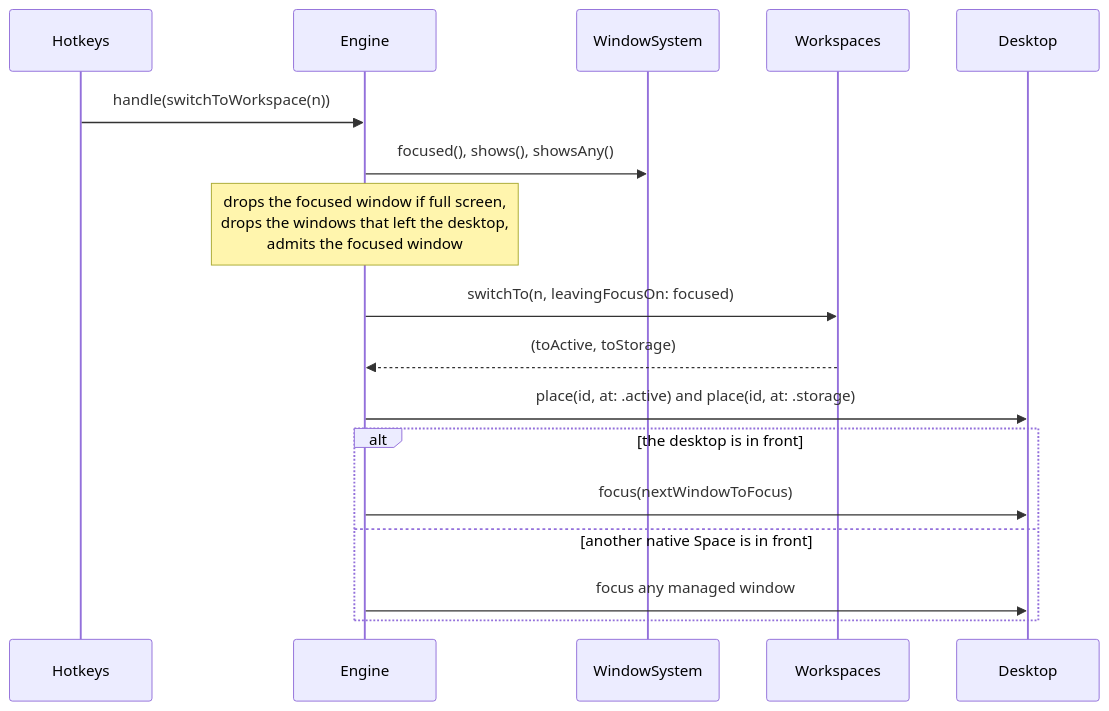
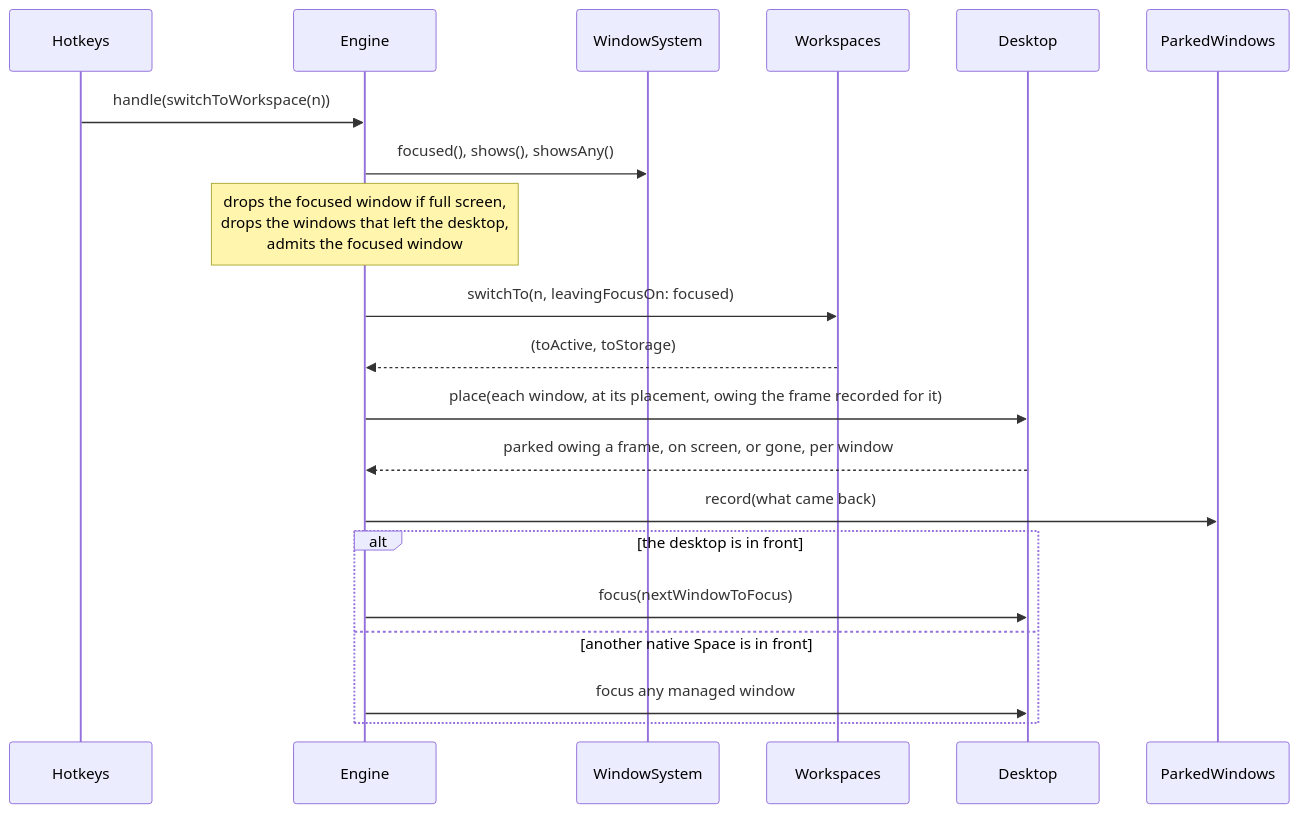
One commit to brennovich/ottowm changed the eighth of 17 diagrams in ARCHITECTURE.md. Above: the diagram before and after it, drawn with Mermaid. The commit also changed other lines of this file and 23 other files, not shown here.

First line of the commit message:
Move the parked window state into the model

````diff
--- a/ARCHITECTURE.md
+++ b/ARCHITECTURE.md
@@ -171,14 +175,16 @@
 ```mermaid
 sequenceDiagram
     Hotkeys->>Engine: handle(switchToWorkspace(n))
     Engine->>WindowSystem: focused(), shows(), showsAny()
     Note over Engine: drops the focused window if full screen,<br/>drops the windows that left the desktop,<br/>admits the focused window
     Engine->>Workspaces: switchTo(n, leavingFocusOn: focused)
     Workspaces-->>Engine: (toActive, toStorage)
-    Engine->>Desktop: place(id, at: .active) and place(id, at: .storage)
+    Engine->>Desktop: place(each window, at its placement, owing the frame recorded for it)
+    Desktop-->>Engine: parked owing a frame, on screen, or gone, per window
+    Engine->>ParkedWindows: record(what came back)
     alt the desktop is in front
         Engine->>Desktop: focus(nextWindowToFocus)
     else another native Space is in front
         Engine->>Desktop: focus any managed window
     end
 ```
````
